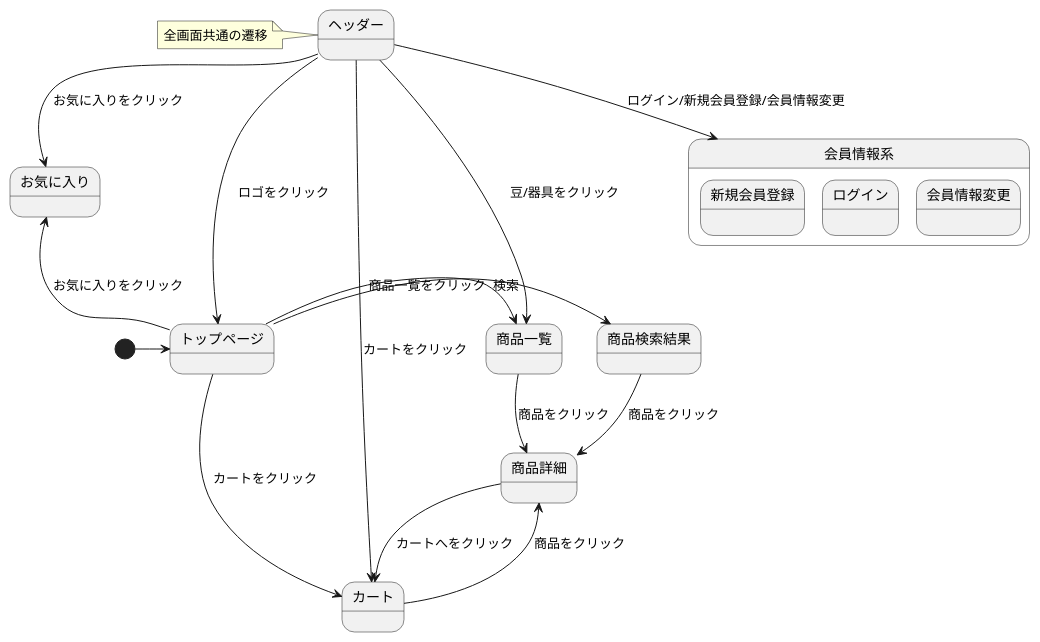
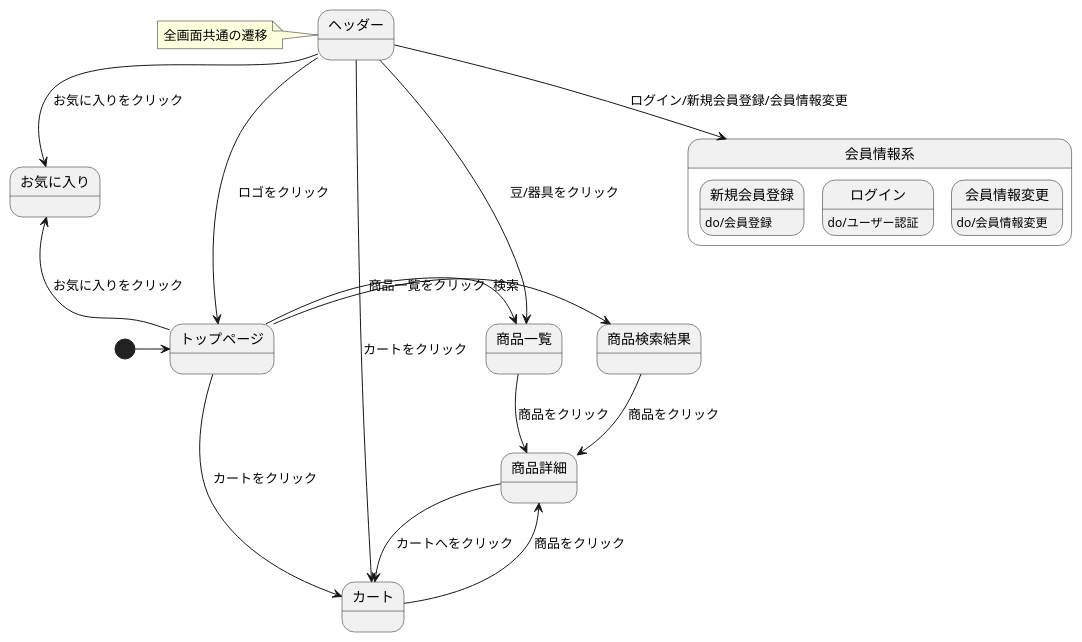
Before and after one commit to Aso2101122/coffeeEC: the diagram in 03_画面遷移図/stm_03.md, drawn with PlantUML.

````diff
--- a/03_画面遷移図/stm_03.md
+++ b/03_画面遷移図/stm_03.md
@@ -2,30 +2,30 @@
 ```uml
 @startuml
 [*]->トップページ
 トップページ->商品検索結果: 検索
 トップページ-right->商品一覧: 商品一覧をクリック
 商品一覧->商品詳細: 商品をクリック
 商品検索結果-down->商品詳細: 商品をクリック
 商品詳細-->カート: カートへをクリック
 トップページ--up>お気に入り: お気に入りをクリック
 トップページ-->カート: カートをクリック
 カート->商品詳細: 商品をクリック
 
 state ヘッダー{
 }
 note left of ヘッダー: 全画面共通の遷移
 
 
 ヘッダー-down->トップページ: ロゴをクリック
 ヘッダー-down->商品一覧: 豆/器具をクリック
 ヘッダー-down->会員情報系: ログイン/新規会員登録/会員情報変更
 ヘッダー-down->お気に入り: お気に入りをクリック
 ヘッダー-down->カート: カートをクリック
 
 state 会員情報系{
-新規会員登録 :
-ログイン :
-会員情報変更 :
+新規会員登録 : do/会員登録
+ログイン : do/ユーザー認証
+会員情報変更 : do/会員情報変更
 }
 @enduml
 ```
````
